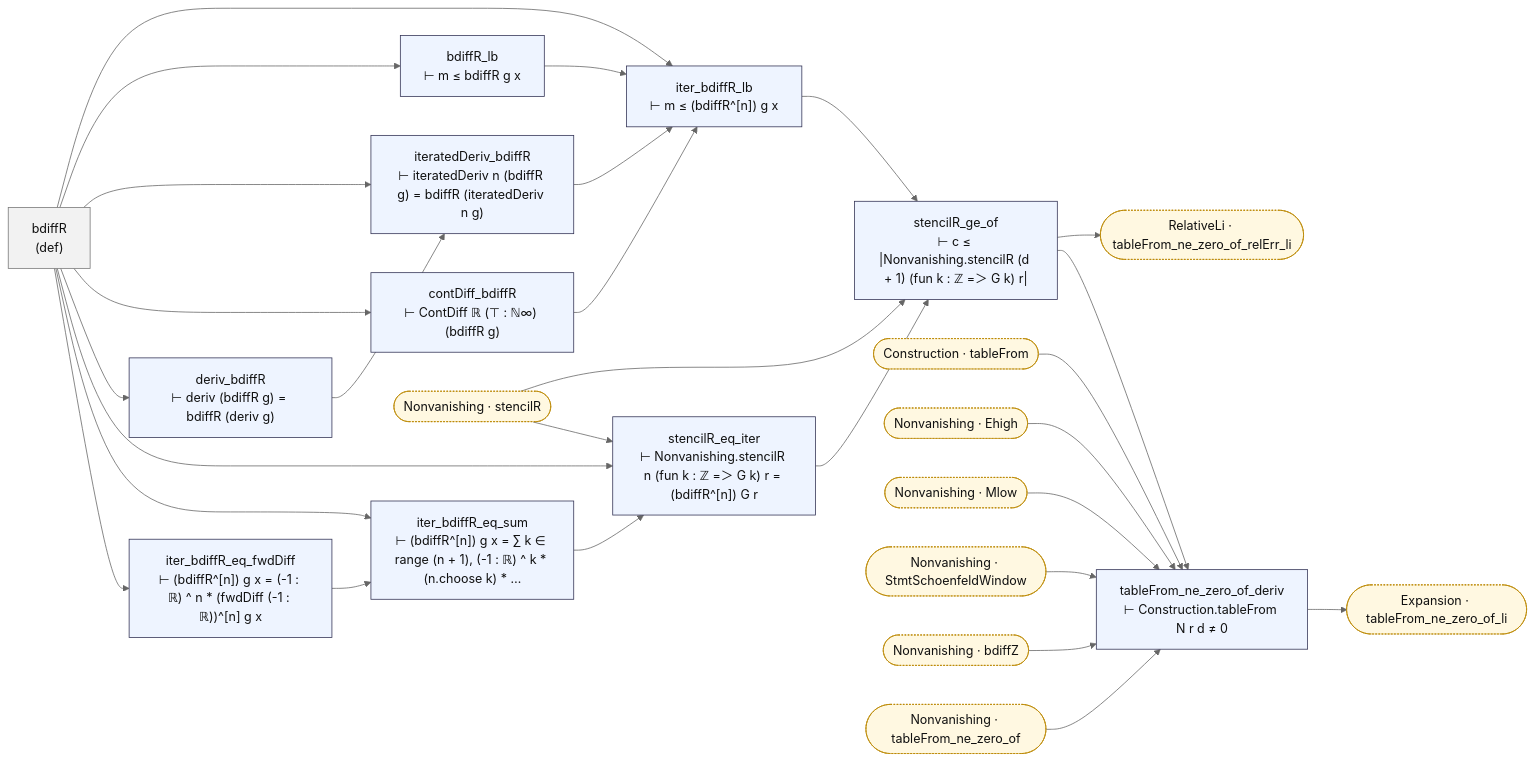
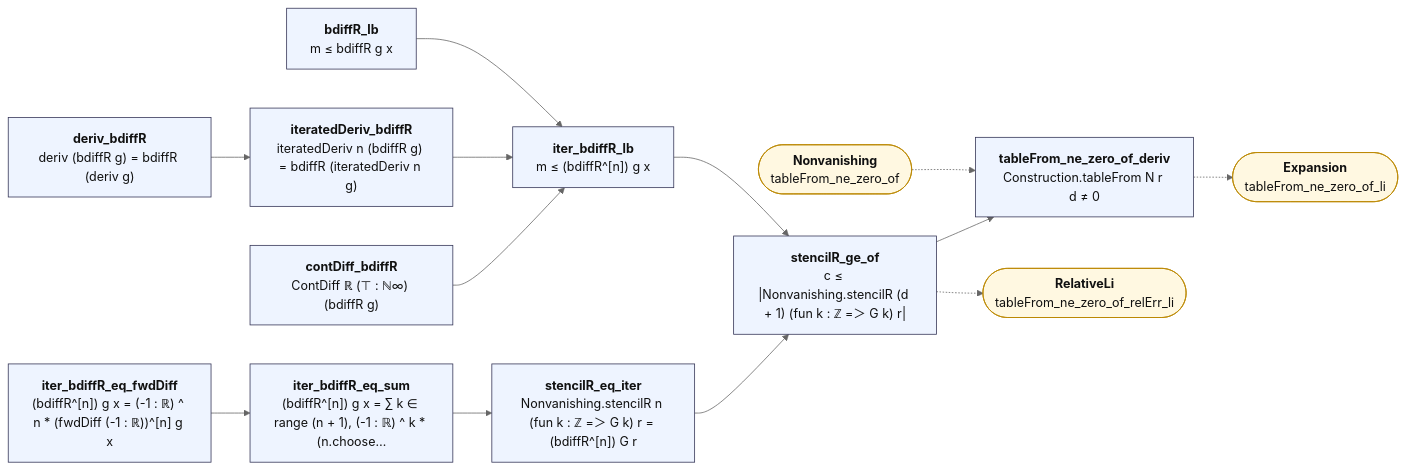
One commit to juliansambranojr/Primebeat_081426 changed the diagram in map/lean/MainTerm.md. Above: the diagram before and after it, drawn with Mermaid (neutral theme). The commit also changed other lines of this file and 387 other files, not shown here.

````diff
--- a/map/lean/MainTerm.md
+++ b/map/lean/MainTerm.md
@@ -8,56 +12,33 @@
 ```mermaid
 flowchart LR
-  n0["bdiffR<br/>(def)"]:::dfn
-  n1["iter_bdiffR_eq_fwdDiff<br/>⊢ (bdiffR^[n]) g x = (-1 : ℝ) ^ n * (fwdDiff (-1 : ℝ))^[n] g x"]:::thm
-  n2["iter_bdiffR_eq_sum<br/>⊢ (bdiffR^[n]) g x = ∑ k ∈ range (n + 1), (-1 : ℝ) ^ k * (n.choose k) * …"]:::thm
-  n3["stencilR_eq_iter<br/>⊢ Nonvanishing.stencilR n (fun k : ℤ =＞ G k) r = (bdiffR^[n]) G r"]:::thm
-  n4["deriv_bdiffR<br/>⊢ deriv (bdiffR g) = bdiffR (deriv g)"]:::thm
-  n5["contDiff_bdiffR<br/>⊢ ContDiff ℝ (⊤ : ℕ∞) (bdiffR g)"]:::thm
-  n6["iteratedDeriv_bdiffR<br/>⊢ iteratedDeriv n (bdiffR g) = bdiffR (iteratedDeriv n g)"]:::thm
-  n7["bdiffR_lb<br/>⊢ m ≤ bdiffR g x"]:::thm
-  n8["iter_bdiffR_lb<br/>⊢ m ≤ (bdiffR^[n]) g x"]:::thm
-  n9["stencilR_ge_of<br/>⊢ c ≤ |Nonvanishing.stencilR (d + 1) (fun k : ℤ =＞ G k) r|"]:::thm
-  n10["tableFrom_ne_zero_of_deriv<br/>⊢ Construction.tableFrom N r d ≠ 0"]:::thm
-  x0(["Construction · tableFrom"]):::ext
-  x1(["Expansion · tableFrom_ne_zero_of_li"]):::ext
-  x2(["Nonvanishing · Ehigh"]):::ext
-  x3(["Nonvanishing · Mlow"]):::ext
-  x4(["Nonvanishing · StmtSchoenfeldWindow"]):::ext
-  x5(["Nonvanishing · bdiffZ"]):::ext
-  x6(["Nonvanishing · stencilR"]):::ext
-  x7(["Nonvanishing · tableFrom_ne_zero_of"]):::ext
-  x8(["RelativeLi · tableFrom_ne_zero_of_relErr_li"]):::ext
+  n0["<b>iter_bdiffR_eq_fwdDiff</b><br/>(bdiffR^[n]) g x = (-1 : ℝ) ^ n * (fwdDiff (-1 : ℝ))^[n] g x"]:::thm
+  n1["<b>iter_bdiffR_eq_sum</b><br/>(bdiffR^[n]) g x = ∑ k ∈ range (n + 1), (-1 : ℝ) ^ k * (n.choose…"]:::thm
+  n2["<b>stencilR_eq_iter</b><br/>Nonvanishing.stencilR n (fun k : ℤ =＞ G k) r = (bdiffR^[n]) G r"]:::thm
+  n3["<b>deriv_bdiffR</b><br/>deriv (bdiffR g) = bdiffR (deriv g)"]:::thm
+  n4["<b>contDiff_bdiffR</b><br/>ContDiff ℝ (⊤ : ℕ∞) (bdiffR g)"]:::thm
+  n5["<b>iteratedDeriv_bdiffR</b><br/>iteratedDeriv n (bdiffR g) = bdiffR (iteratedDeriv n g)"]:::thm
+  n6["<b>bdiffR_lb</b><br/>m ≤ bdiffR g x"]:::thm
+  n7["<b>iter_bdiffR_lb</b><br/>m ≤ (bdiffR^[n]) g x"]:::thm
+  n8["<b>stencilR_ge_of</b><br/>c ≤ |Nonvanishing.stencilR (d + 1) (fun k : ℤ =＞ G k) r|"]:::thm
+  n9["<b>tableFrom_ne_zero_of_deriv</b><br/>Construction.tableFrom N r d ≠ 0"]:::thm
+  x0(["<b>RelativeLi</b><br/>tableFrom_ne_zero_of_relErr_li"]):::ext
+  x1(["<b>Nonvanishing</b><br/>tableFrom_ne_zero_of"]):::ext
+  x2(["<b>Expansion</b><br/>tableFrom_ne_zero_of_li"]):::ext
   n0 --> n1
-  n0 --> n2
-  n0 --> n3
-  n0 --> n4
-  n0 --> n5
-  n0 --> n6
-  n0 --> n7
-  n0 --> n8
   n1 --> n2
-  n10 --> x1
-  n2 --> n3
-  n3 --> n9
-  n4 --> n6
-  n5 --> n8
-  n6 --> n8
+  n2 --> n8
+  n3 --> n5
+  n4 --> n7
+  n5 --> n7
+  n6 --> n7
   n7 --> n8
   n8 --> n9
-  n9 --> n10
-  n9 --> x8
-  x0 --> n10
-  x2 --> n10
-  x3 --> n10
-  x4 --> n10
-  x5 --> n10
-  x6 --> n3
-  x6 --> n9
-  x7 --> n10
+  n8 -.-> x0
+  n9 -.-> x2
+  x1 -.-> n9
   classDef thm fill:#eef4ff,stroke:#335,color:#111
-  classDef dfn fill:#f2f2f2,stroke:#777,color:#111
   classDef end_ fill:#e7f7e7,stroke:#2a7,color:#111,stroke-width:2px
   classDef lone fill:#fff,stroke:#999,color:#111,stroke-dasharray:4 3
   classDef bad fill:#ffe5e5,stroke:#c22,color:#111,stroke-width:2px
-  classDef ext fill:#fff8e1,stroke:#b80,color:#111,stroke-dasharray:2 2
+  classDef ext fill:#fff8e1,stroke:#b80,color:#111
 ```
````
